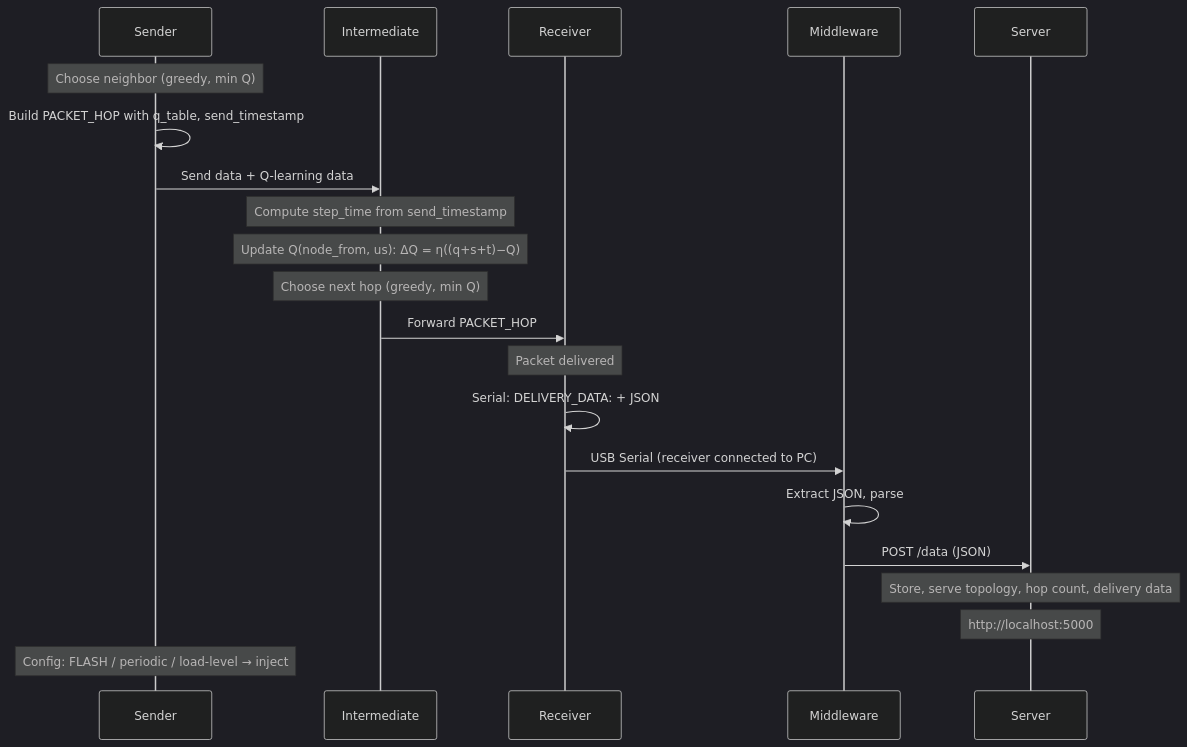
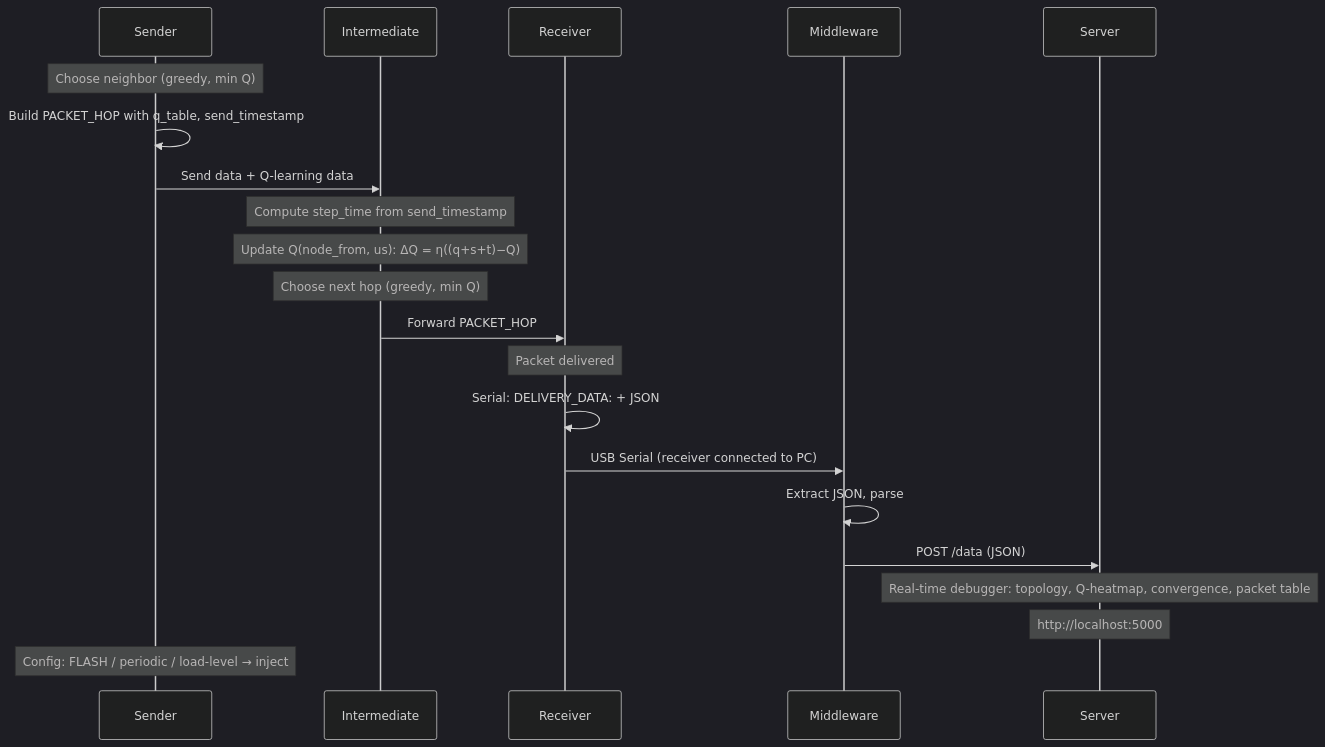
Before and after one commit to FrancoBre/esp-q-mesh-routing: the diagram in README.md, drawn with Mermaid (dark theme). The commit also changed other lines of this file and 5 other files, not shown here.

First line of the commit message:
rewrite visualization server into real-time Q-routing debugger

````diff
--- a/README.md
+++ b/README.md
@@ -24,27 +24,27 @@
 ```mermaid
 sequenceDiagram
     participant Sender
     participant Intermediate
     participant Receiver
     participant Middleware
     participant Server
 
     Note over Sender: Choose neighbor (greedy, min Q)
     Sender->>Sender: Build PACKET_HOP with q_table, send_timestamp
     Sender->>Intermediate: Send data + Q-learning data
 
     Note over Intermediate: Compute step_time from send_timestamp
     Note over Intermediate: Update Q(node_from, us): ΔQ = η((q+s+t)−Q)
     Note over Intermediate: Choose next hop (greedy, min Q)
     Intermediate->>Receiver: Forward PACKET_HOP
 
     Note over Receiver: Packet delivered
     Receiver->>Receiver: Serial: DELIVERY_DATA: + JSON
     Receiver->>Middleware: USB Serial (receiver connected to PC)
     Middleware->>Middleware: Extract JSON, parse
     Middleware->>Server: POST /data (JSON)
-    Note over Server: Store, serve topology, hop count, delivery data
+    Note over Server: Real-time debugger: topology, Q-heatmap, convergence, packet table
     Note over Server: http://localhost:5000
 
     Note over Sender: Config: FLASH / periodic / load-level → inject
 ```
````
